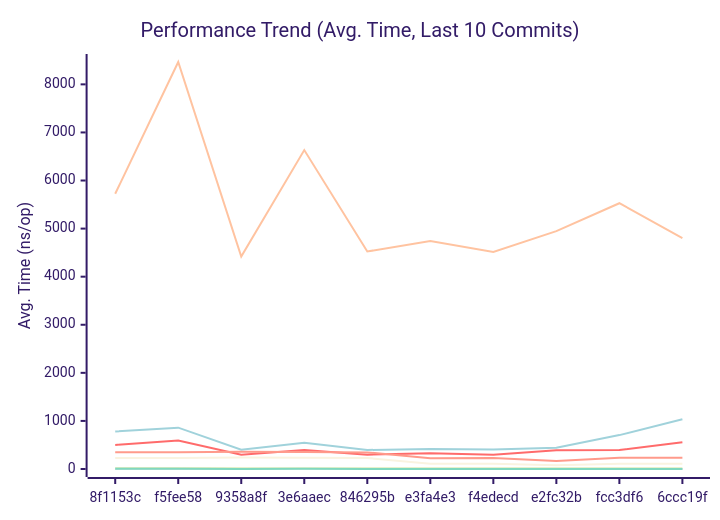
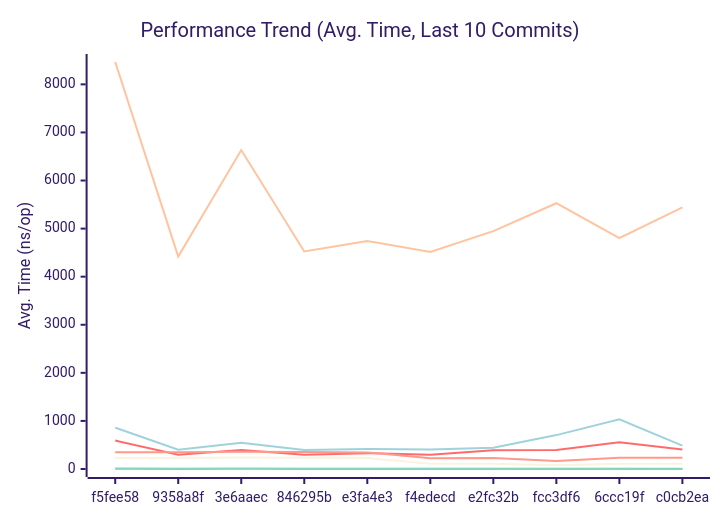
Before and after one commit to alsotoes/momo: the first of 3 diagrams in docs/PERFORMANCE.md, drawn with Mermaid (forest theme). The commit also changed other lines of this file and 2 other files, not shown here.

````diff
--- a/docs/PERFORMANCE.md
+++ b/docs/PERFORMANCE.md
@@ -80,16 +80,16 @@
 ```mermaid
 xychart-beta
     title "Performance Trend (Avg. Time, Last 10 Commits)"
     x-axis "Commit"
     y-axis "Avg. Time (ns/op)"
-    x-axis [8f1153c,f5fee58,9358a8f,3e6aaec,846295b,e3fa4e3,f4edecd,e2fc32b,fcc3df6,6ccc19f]
-    line "CheckMetricsAndSwap" [15,14,8,11,8,8,9,13,9,9]
-    line "CrushOptimized" [501,592,298,393,297,329,295,389,396,555]
-    line "CrushOriginal" [781,860,403,545,396,415,403,442,705,1033]
-    line "IndexDirectTracking" [1,1,0,0,0,0,0,0,0,0]
-    line "IndexSearch" [3,3,2,2,2,2,2,2,2,2]
-    line "LoadGlobalConfig" [5724,8465,4420,6633,4524,4742,4516,4948,5528,4804]
-    line "PadString" [3,3,2,3,2,2,2,2,2,2]
+    x-axis [f5fee58,9358a8f,3e6aaec,846295b,e3fa4e3,f4edecd,e2fc32b,fcc3df6,6ccc19f,c0cb2ea]
+    line "CheckMetricsAndSwap" [14,8,11,8,8,9,13,9,9,11]
+    line "CrushOptimized" [592,298,393,297,329,295,389,396,555,408]
+    line "CrushOriginal" [860,403,545,396,415,403,442,705,1033,485]
+    line "IndexDirectTracking" [1,0,0,0,0,0,0,0,0,1]
+    line "IndexSearch" [3,2,2,2,2,2,2,2,2,3]
+    line "LoadGlobalConfig" [8465,4420,6633,4524,4742,4516,4948,5528,4804,5443]
+    line "PadString" [3,2,3,2,2,2,2,2,2,2]
     line "ParseReplicationOrder_NoPrealloc" [350,349,357,354,345,225,229,165,232,234]
     line "ParseReplicationOrder_Prealloc" [229,231,237,234,229,108,107,80,110,109]
 ```
````
